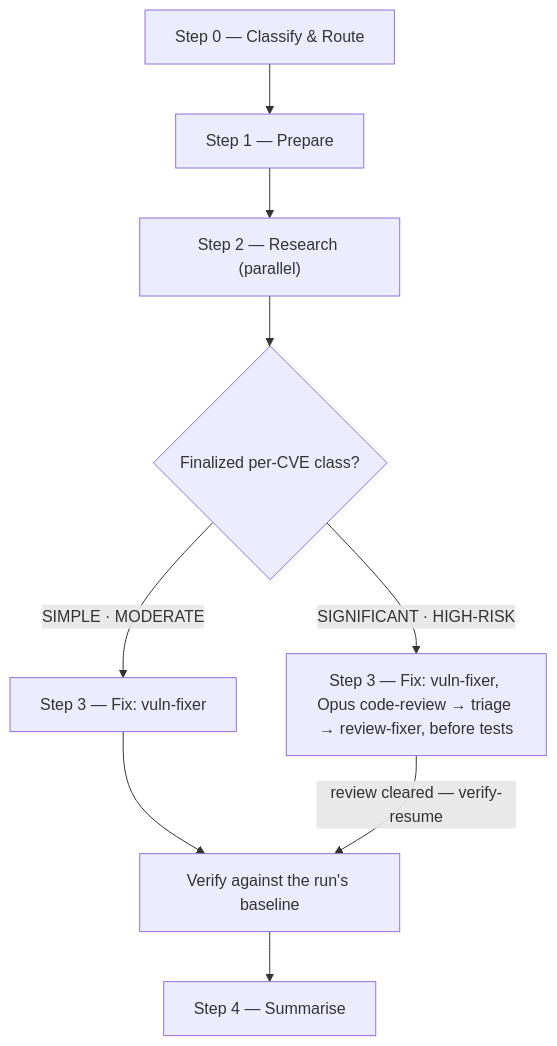
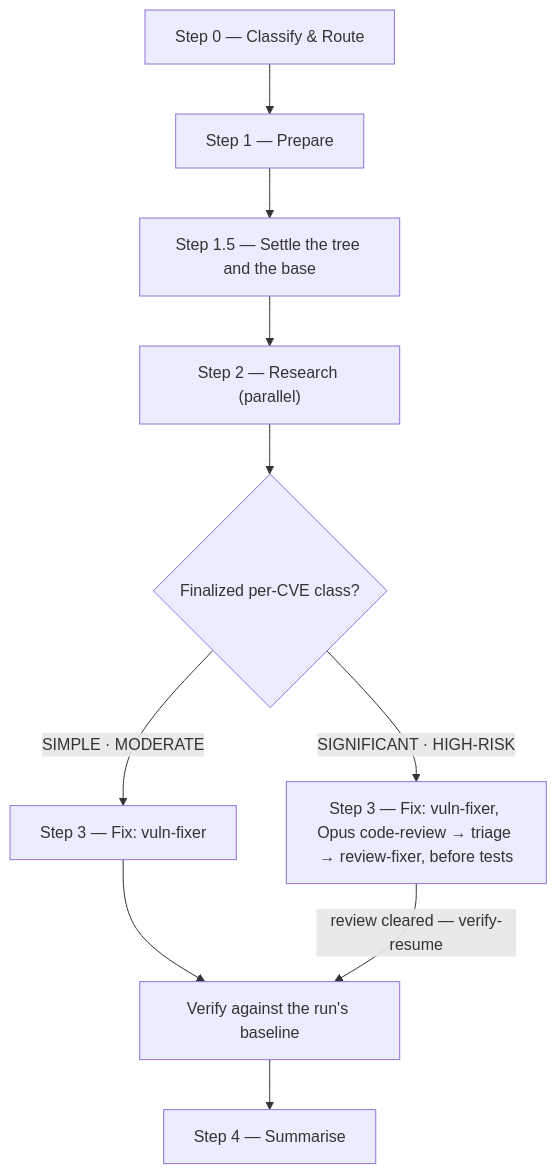
Before and after one commit to ihudak/ai-workflows: the diagram in plugins/dev-workflows/docs/commands/vuln.md, drawn with Mermaid. The commit also changed other lines of this file and 19 other files, not shown here.

First line of the commit message:
fix(dev-workflows): /vuln and /upgrade settle the base before reading the code; transitive detection; auto-fix re-verified (4.39.0; workflows-core 1.57.1; batch B06)

````diff
--- a/plugins/dev-workflows/docs/commands/vuln.md
+++ b/plugins/dev-workflows/docs/commands/vuln.md
@@ -23,11 +23,12 @@
 ```mermaid
 flowchart TD
     s0["Step 0 — Classify & Route"] --> s1["Step 1 — Prepare"]
-    s1 --> s2["Step 2 — Research (parallel)"]
+    s1 --> s15["Step 1.5 — Settle the tree and the base"]
+    s15 --> s2["Step 2 — Research (parallel)"]
     s2 --> d1{"Finalized per-CVE class?"}
     d1 -->|"SIMPLE · MODERATE"| s3a["Step 3 — Fix: vuln-fixer"]
     d1 -->|"SIGNIFICANT · HIGH-RISK"| s3b["Step 3 — Fix: vuln-fixer, Opus code-review → triage → review-fixer, before tests"]
     s3a --> tv["Verify against the run's baseline"]
     s3b -->|"review cleared — verify-resume"| tv
     tv --> s4["Step 4 — Summarise"]
 ```
````
